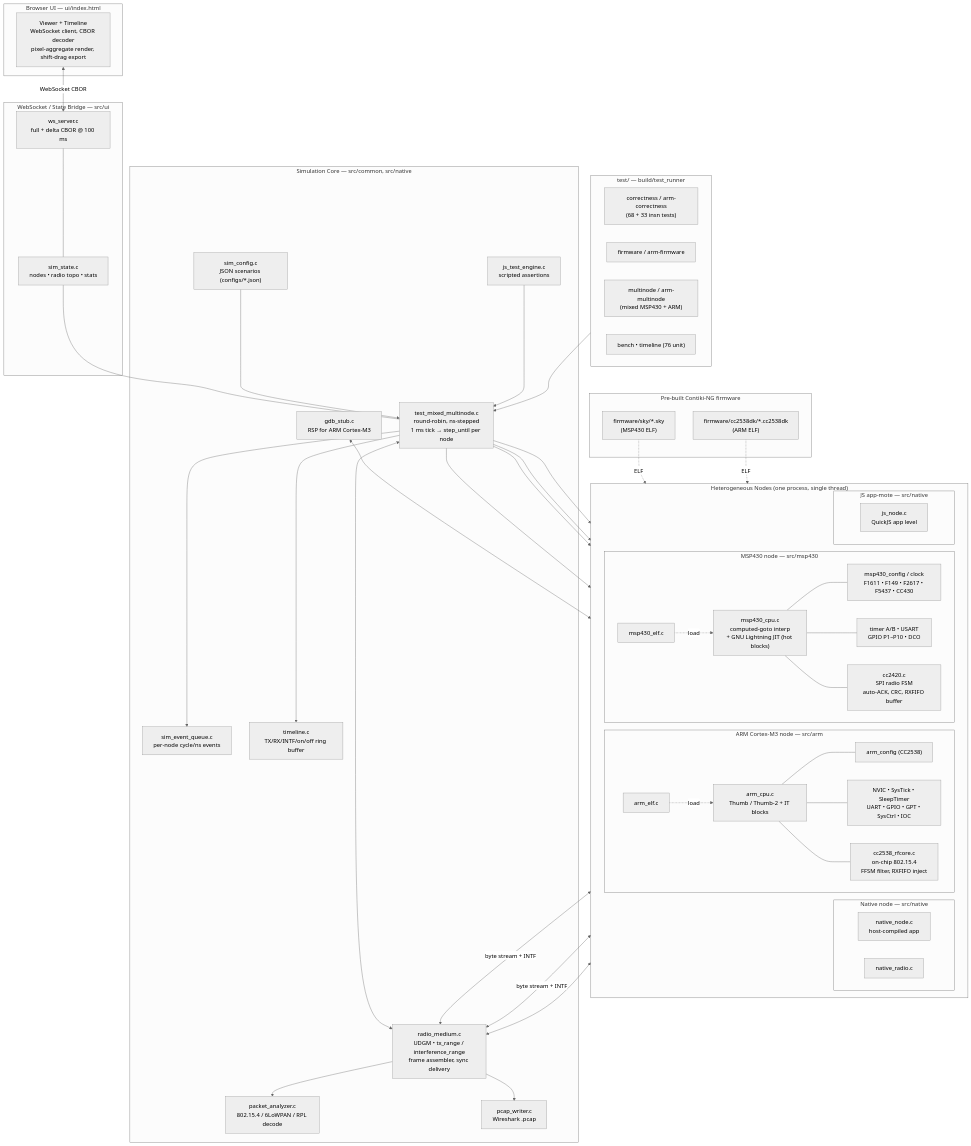
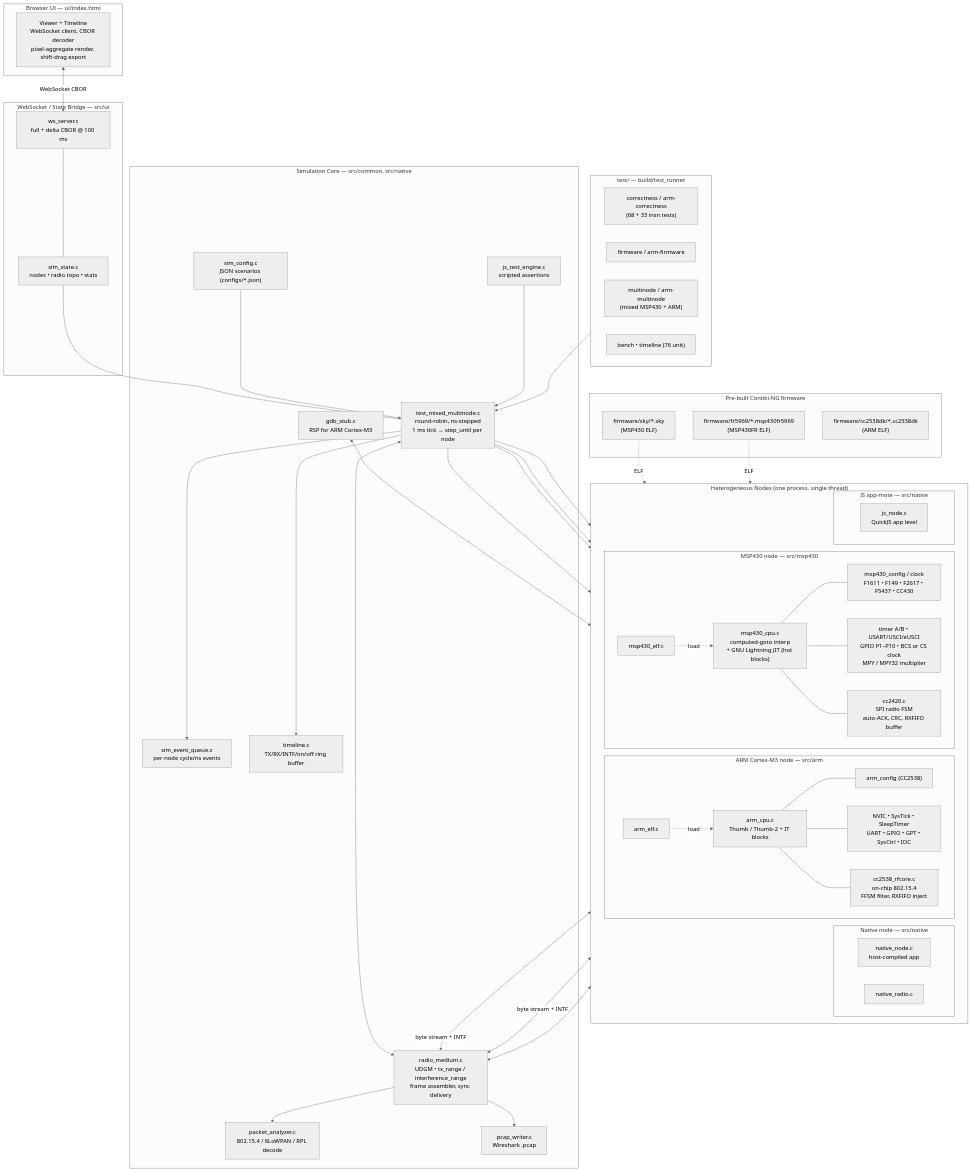
One commit to joakimeriksson/cooja-ng changed the diagram in docs/architecture.md. Above: the diagram before and after it, drawn with Mermaid (neutral theme). The commit also changed other lines of this file and 12 other files, not shown here.

```diff
--- a/docs/architecture.md
+++ b/docs/architecture.md
@@ -32,7 +32,7 @@
         subgraph MSP["MSP430 node — src/msp430"]
             MCPU["msp430_cpu.c<br/>computed-goto interp<br/>+ GNU Lightning JIT (hot blocks)"]
             MCFG["msp430_config / clock<br/>F1611 • F149 • F2617 • F5437 • CC430"]
-            MPER["timer A/B • USART<br/>GPIO P1–P10 • DCO"]
+            MPER["timer A/B • USART/USCI/eUSCI<br/>GPIO P1–P10 • BCS or CS clock<br/>MPY / MPY32 multiplier"]
             MRF["cc2420.c<br/>SPI radio FSM<br/>auto-ACK, CRC, RXFIFO buffer"]
             MELF["msp430_elf.c"]
         end
@@ -55,7 +55,8 @@
     %% ---- Firmware ----
     subgraph FW["Pre-built Contiki-NG firmware"]
         FW1["firmware/sky/*.sky<br/>(MSP430 ELF)"]
-        FW2["firmware/cc2538dk/*.cc2538dk<br/>(ARM ELF)"]
+        FW2["firmware/fr5969/*.msp430fr5969<br/>(MSP430FR ELF)"]
+        FW3["firmware/cc2538dk/*.cc2538dk<br/>(ARM ELF)"]
     end
 
     %% ---- Tests ----
```
